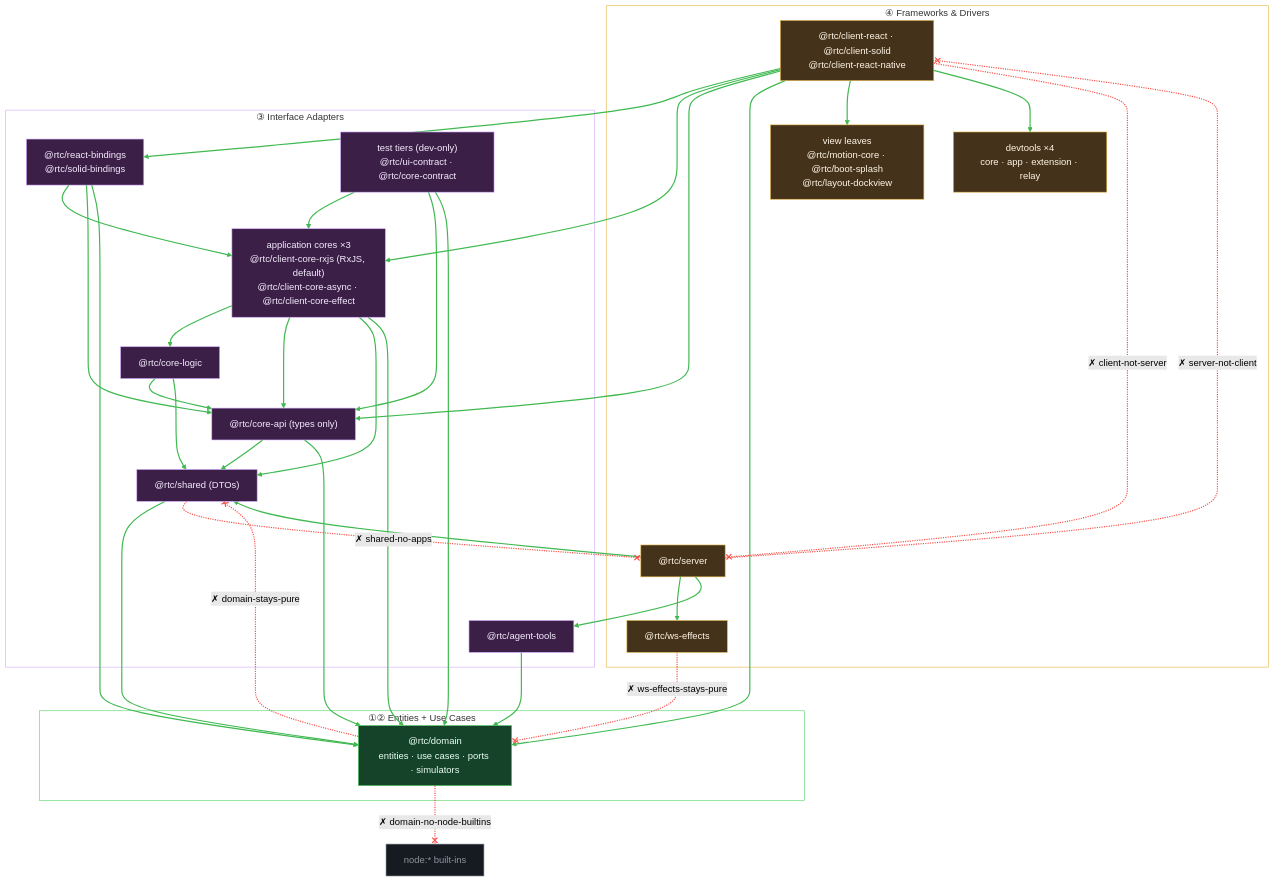
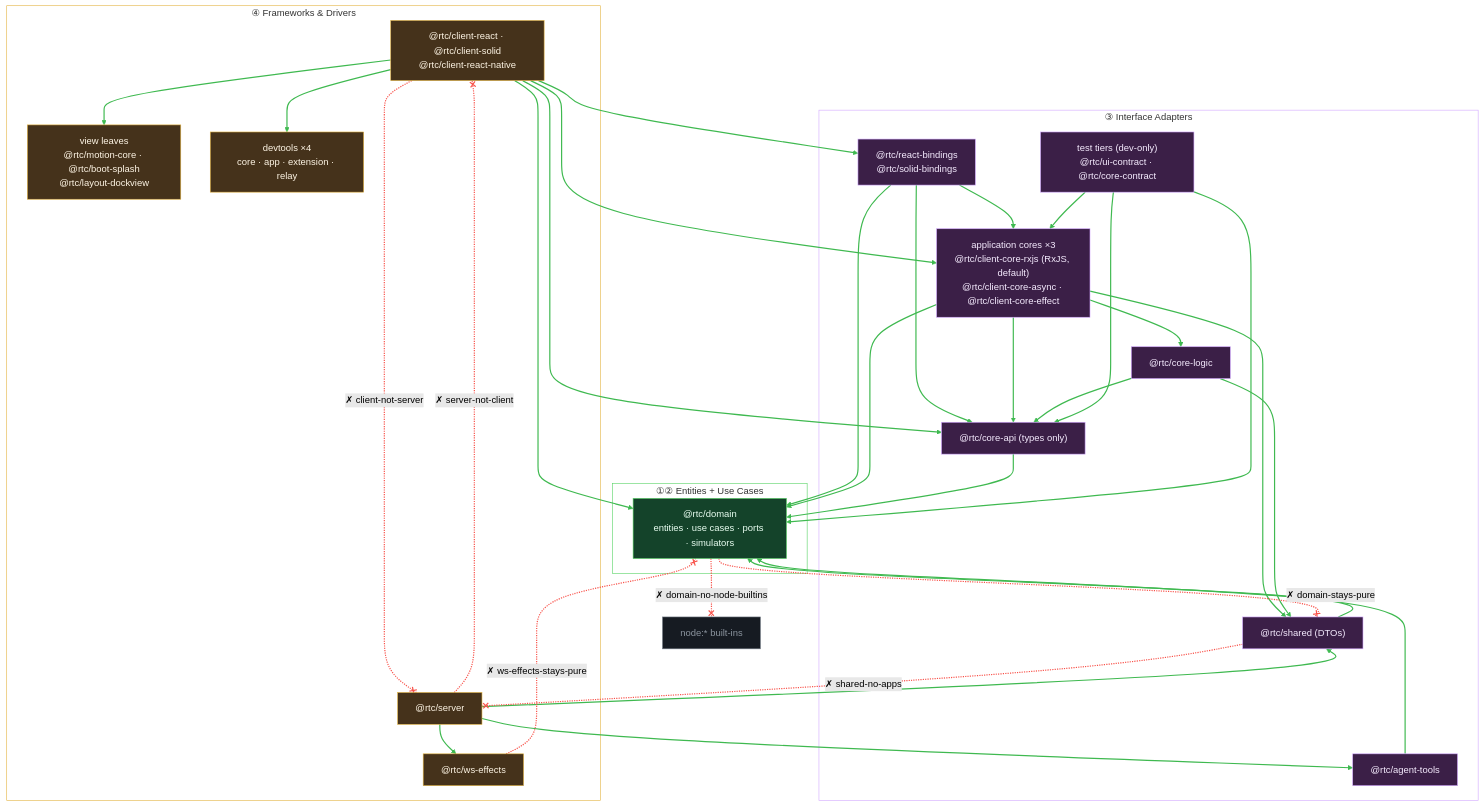
One commit to bettersoftware-io/ReactiveTraderCloudClone changed the third of 3 diagrams in docs/architecture/01-overview.md. Above: the diagram before and after it, drawn with Mermaid (forest theme). The commit also changed 161 other files, not shown here.

````diff
--- a/docs/architecture/01-overview.md
+++ b/docs/architecture/01-overview.md
@@ -126,79 +126,78 @@
 ```mermaid
 flowchart TB
   subgraph r4["④ Frameworks & Drivers"]
     clients["@rtc/client-react · @rtc/client-solid<br/>@rtc/client-react-native"]
     srv["@rtc/server"]
     wse["@rtc/ws-effects"]
     leaves["view leaves<br/>@rtc/motion-core · @rtc/boot-splash<br/>@rtc/layout-dockview"]
     devtools["devtools ×4<br/>core · app · extension · relay"]
   end
   subgraph r3["③ Interface Adapters"]
     bindings["@rtc/react-bindings<br/>@rtc/solid-bindings"]
     cores["application cores ×3<br/>@rtc/client-core-rxjs (RxJS, default)<br/>@rtc/client-core-async · @rtc/client-core-effect"]
     tiers["test tiers (dev-only)<br/>@rtc/ui-contract · @rtc/core-contract"]
     agent["@rtc/agent-tools"]
     logic["@rtc/core-logic"]
     api["@rtc/core-api (types only)"]
     shared["@rtc/shared (DTOs)"]
   end
   subgraph r12["①② Entities + Use Cases"]
     domain["@rtc/domain<br/>entities · use cases · ports · simulators"]
   end
   nodeb["node:* built-ins"]:::ext
 
-  %% --- allowed inward imports (edges 0-24; keep order — linkStyle indices depend on it) ---
+  %% --- allowed inward imports (edges 0-23; keep order — linkStyle indices depend on it) ---
   clients --> bindings
   clients --> cores
   clients --> api
   clients --> domain
   clients --> leaves
   clients --> devtools
   bindings --> cores
   bindings --> api
   bindings --> domain
   cores --> logic
   cores --> api
   cores --> shared
   cores --> domain
   logic --> api
   logic --> shared
-  api --> shared
   api --> domain
   shared --> domain
   tiers --> cores
   tiers --> api
   tiers --> domain
   srv --> wse
   srv --> agent
   srv --> shared
   agent --> domain
 
-  %% --- forbidden crossings (edges 25-30), each tagged with the rule that rejects it ---
+  %% --- forbidden crossings (edges 24-29), each tagged with the rule that rejects it ---
   domain -. "✗ domain-stays-pure" .-x shared
   shared -. "✗ shared-no-apps" .-x srv
   clients -. "✗ client-not-server" .-x srv
   srv -. "✗ server-not-client" .-x clients
   wse -. "✗ ws-effects-stays-pure" .-x domain
   domain -. "✗ domain-no-node-builtins" .-x nodeb
 
   classDef ext fill:#161b22,stroke:#6e7681,color:#8b949e
   style r4 fill:none,stroke:#e3b341
   style r3 fill:none,stroke:#d2a8ff
   style r12 fill:none,stroke:#56d364
   style domain fill:#14432a,stroke:#56d364,color:#eafff2
   style bindings fill:#3b1f47,stroke:#d2a8ff,color:#f6ecff
   style cores fill:#3b1f47,stroke:#d2a8ff,color:#f6ecff
   style tiers fill:#3b1f47,stroke:#d2a8ff,color:#f6ecff
   style agent fill:#3b1f47,stroke:#d2a8ff,color:#f6ecff
   style logic fill:#3b1f47,stroke:#d2a8ff,color:#f6ecff
   style api fill:#3b1f47,stroke:#d2a8ff,color:#f6ecff
   style shared fill:#3b1f47,stroke:#d2a8ff,color:#f6ecff
   style clients fill:#45321b,stroke:#e3b341,color:#fff6e6
   style srv fill:#45321b,stroke:#e3b341,color:#fff6e6
   style wse fill:#45321b,stroke:#e3b341,color:#fff6e6
   style leaves fill:#45321b,stroke:#e3b341,color:#fff6e6
   style devtools fill:#45321b,stroke:#e3b341,color:#fff6e6
 
-  linkStyle 0,1,2,3,4,5,6,7,8,9,10,11,12,13,14,15,16,17,18,19,20,21,22,23,24 stroke:#3fb950,stroke-width:2px
-  linkStyle 25,26,27,28,29,30 stroke:#f85149,stroke-width:2px
+  linkStyle 0,1,2,3,4,5,6,7,8,9,10,11,12,13,14,15,16,17,18,19,20,21,22,23 stroke:#3fb950,stroke-width:2px
+  linkStyle 24,25,26,27,28,29 stroke:#f85149,stroke-width:2px
 ```
````
